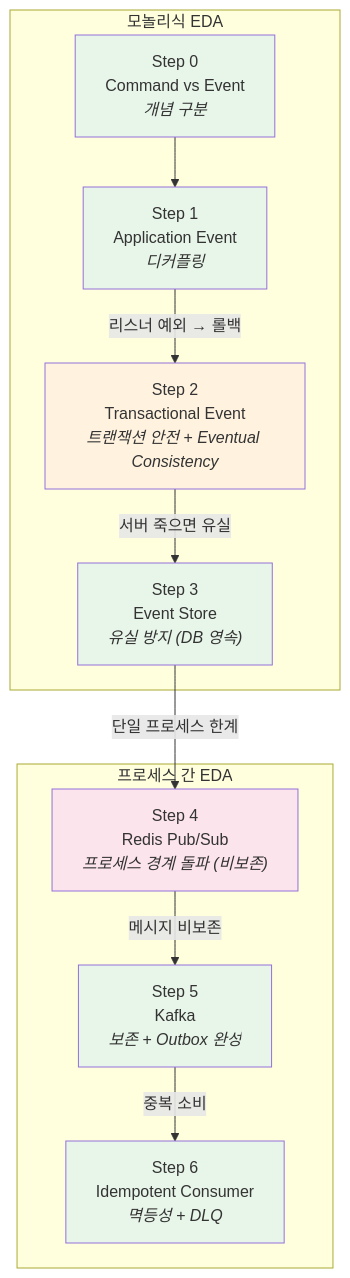
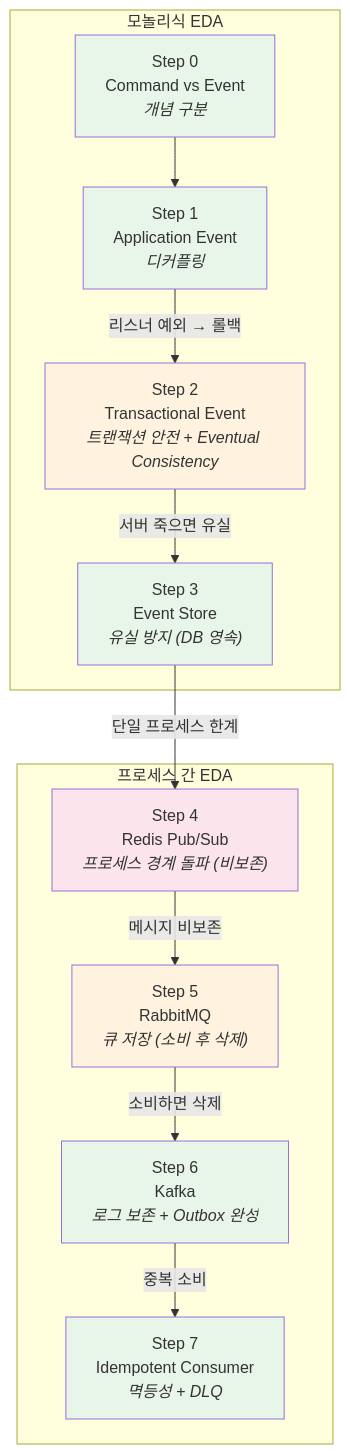
One commit to katiekim17/messaging-lab changed the first of 4 diagrams in EDA-OVERVIEW.md. Above: the diagram before and after it, drawn with Mermaid. The commit also changed other lines of this file and 1 other file, not shown here.

First line of the commit message:
docs: EDA-OVERVIEW, GLOSSARY를 Step 0-7 구조로 업데이트

````diff
--- a/EDA-OVERVIEW.md
+++ b/EDA-OVERVIEW.md
@@ -58,30 +65,33 @@
 ```mermaid
 graph TD
     subgraph "모놀리식 EDA"
         S0["Step 0<br/>Command vs Event<br/><i>개념 구분</i>"]
         S1["Step 1<br/>Application Event<br/><i>디커플링</i>"]
         S2["Step 2<br/>Transactional Event<br/><i>트랜잭션 안전 + Eventual Consistency</i>"]
         S3["Step 3<br/>Event Store<br/><i>유실 방지 (DB 영속)</i>"]
     end
 
     subgraph "프로세스 간 EDA"
         S4["Step 4<br/>Redis Pub/Sub<br/><i>프로세스 경계 돌파 (비보존)</i>"]
-        S5["Step 5<br/>Kafka<br/><i>보존 + Outbox 완성</i>"]
-        S6["Step 6<br/>Idempotent Consumer<br/><i>멱등성 + DLQ</i>"]
+        S5["Step 5<br/>RabbitMQ<br/><i>큐 저장 (소비 후 삭제)</i>"]
+        S6["Step 6<br/>Kafka<br/><i>로그 보존 + Outbox 완성</i>"]
+        S7["Step 7<br/>Idempotent Consumer<br/><i>멱등성 + DLQ</i>"]
     end
 
     S0 --> S1
     S1 -->|"리스너 예외 → 롤백"| S2
     S2 -->|"서버 죽으면 유실"| S3
     S3 -->|"단일 프로세스 한계"| S4
     S4 -->|"메시지 비보존"| S5
-    S5 -->|"중복 소비"| S6
+    S5 -->|"소비하면 삭제"| S6
+    S6 -->|"중복 소비"| S7
 
     style S0 fill:#e8f5e9
     style S1 fill:#e8f5e9
     style S2 fill:#fff3e0
     style S3 fill:#e8f5e9
     style S4 fill:#fce4ec
-    style S5 fill:#e8f5e9
+    style S5 fill:#fff3e0
     style S6 fill:#e8f5e9
+    style S7 fill:#e8f5e9
 ```
````
